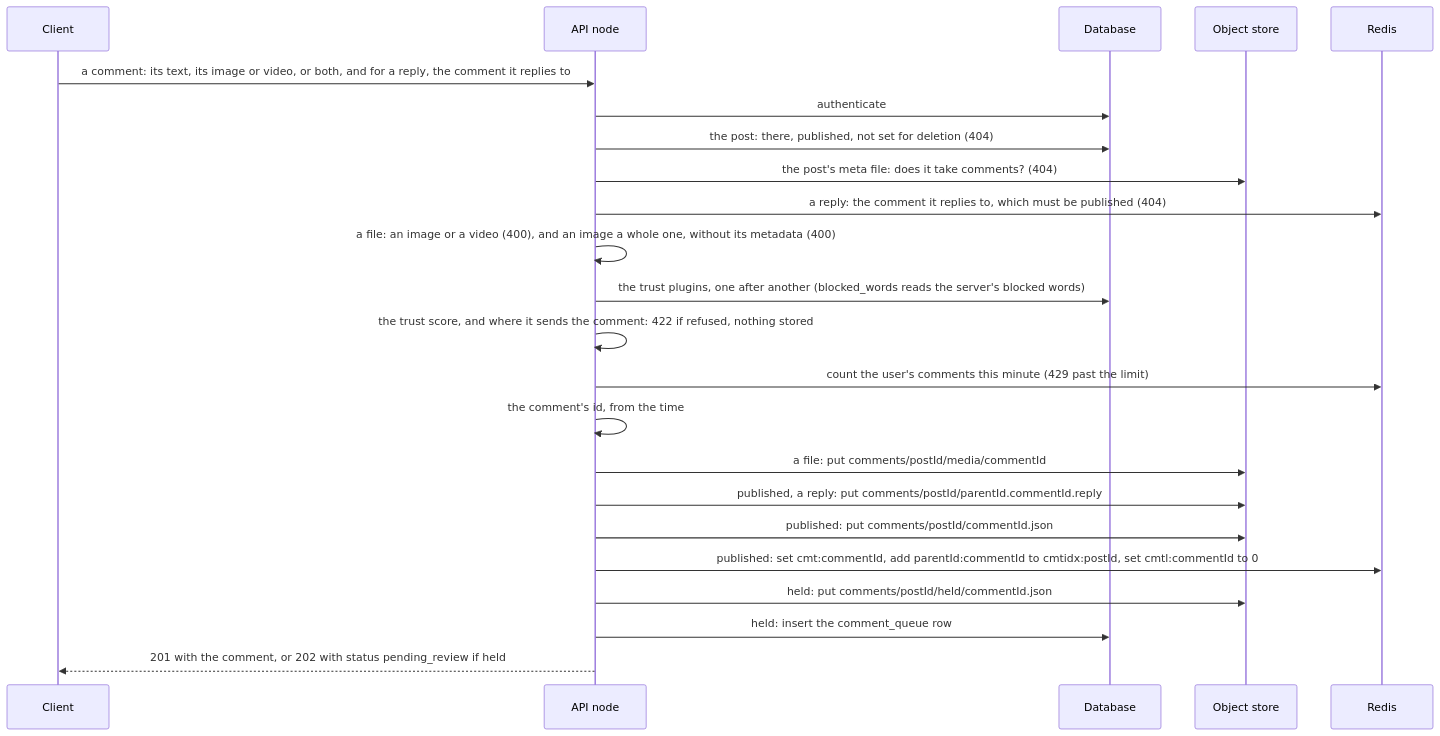
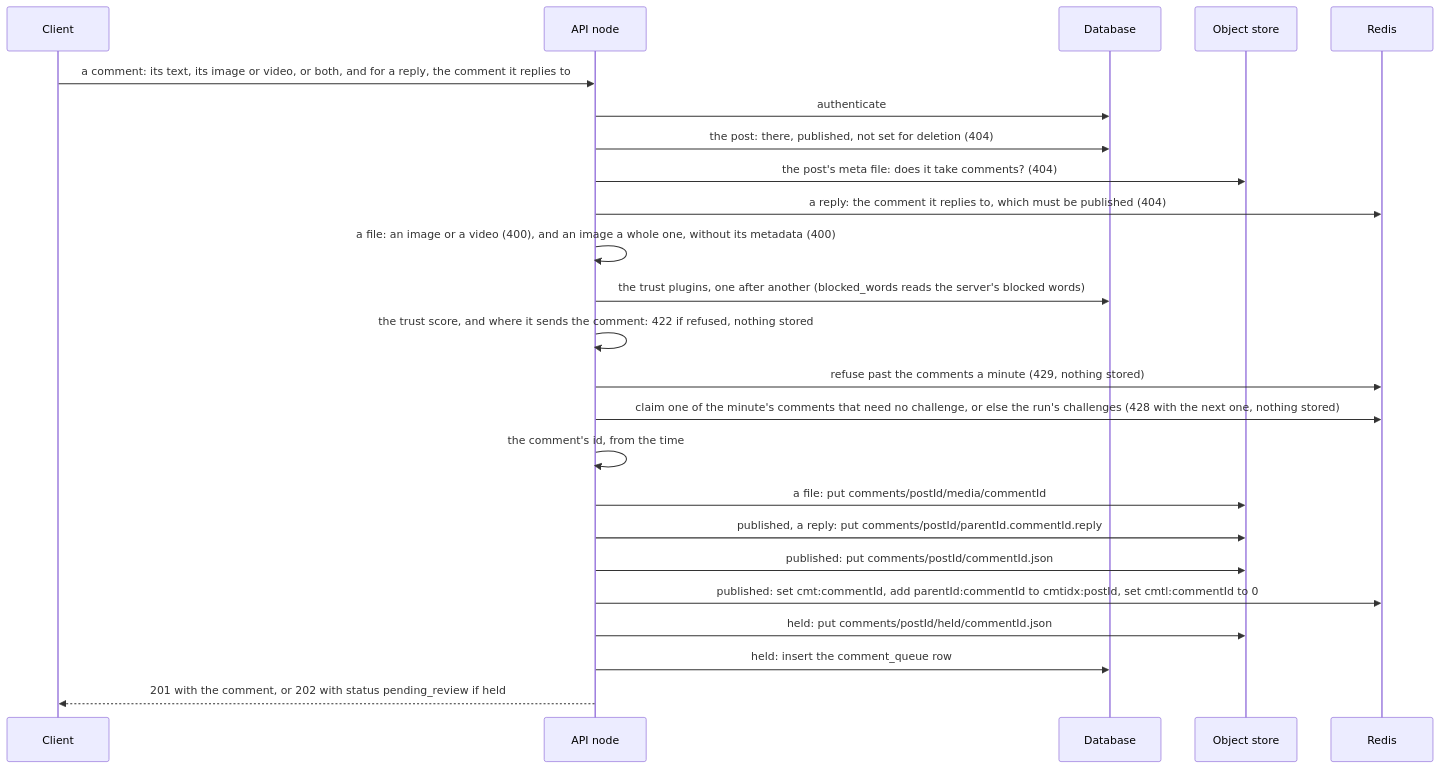
Before and after one commit to techfalos/evieverse: the fifth of 8 diagrams in docs/APP.md, drawn with Mermaid. The commit also changed other lines of this file and 154 other files, not shown here.

````diff
--- a/docs/APP.md
+++ b/docs/APP.md
@@ -563,25 +723,26 @@
 ```mermaid
 sequenceDiagram
   participant C as Client
   participant A as API node
   participant DB as Database
   participant OS as Object store
   participant R as Redis
   C->>A: a comment: its text, its image or video, or both, and for a reply, the comment it replies to
   A->>DB: authenticate
   A->>DB: the post: there, published, not set for deletion (404)
   A->>OS: the post's meta file: does it take comments? (404)
   A->>R: a reply: the comment it replies to, which must be published (404)
   A->>A: a file: an image or a video (400), and an image a whole one, without its metadata (400)
   A->>DB: the trust plugins, one after another (blocked_words reads the server's blocked words)
   A->>A: the trust score, and where it sends the comment: 422 if refused, nothing stored
-  A->>R: count the user's comments this minute (429 past the limit)
+  A->>R: refuse past the comments a minute (429, nothing stored)
+  A->>R: claim one of the minute's comments that need no challenge, or else the run's challenges (428 with the next one, nothing stored)
   A->>A: the comment's id, from the time
   A->>OS: a file: put comments/postId/media/commentId
   A->>OS: published, a reply: put comments/postId/parentId.commentId.reply
   A->>OS: published: put comments/postId/commentId.json
   A->>R: published: set cmt:commentId, add parentId:commentId to cmtidx:postId, set cmtl:commentId to 0
   A->>OS: held: put comments/postId/held/commentId.json
   A->>DB: held: insert the comment_queue row
   A-->>C: 201 with the comment, or 202 with status pending_review if held
 ```
````
